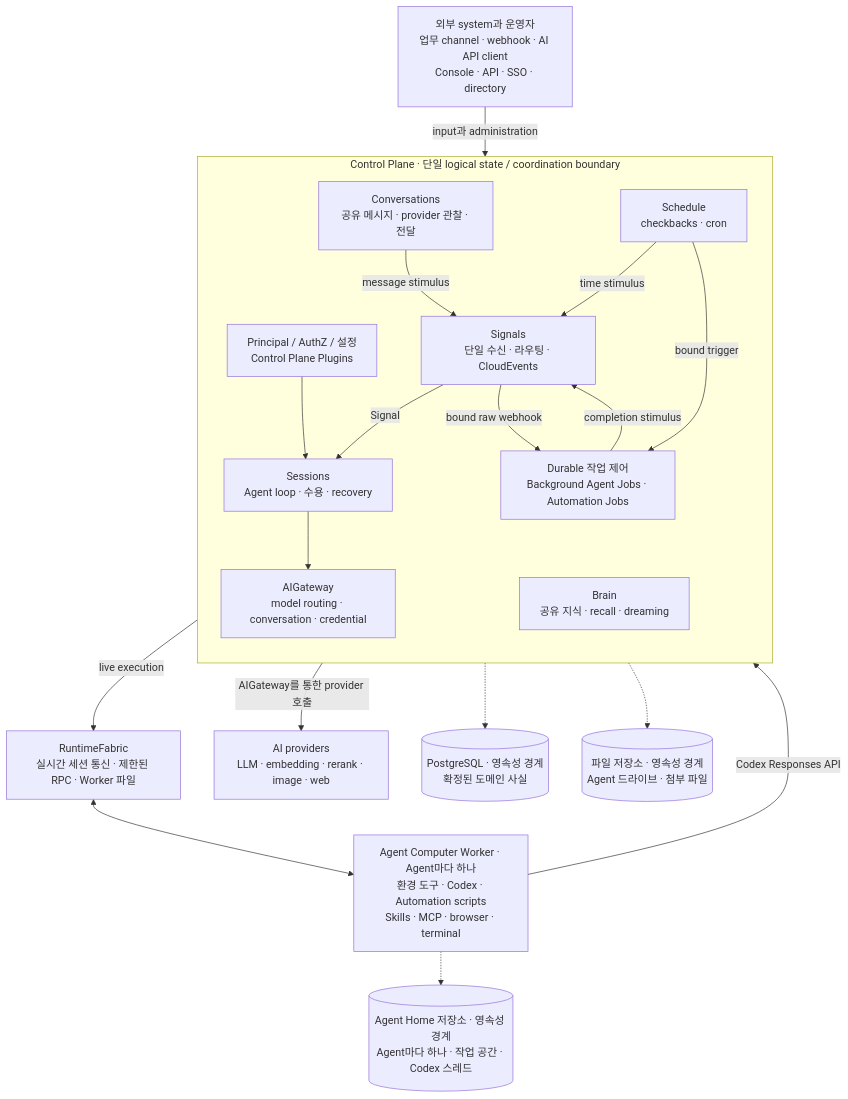
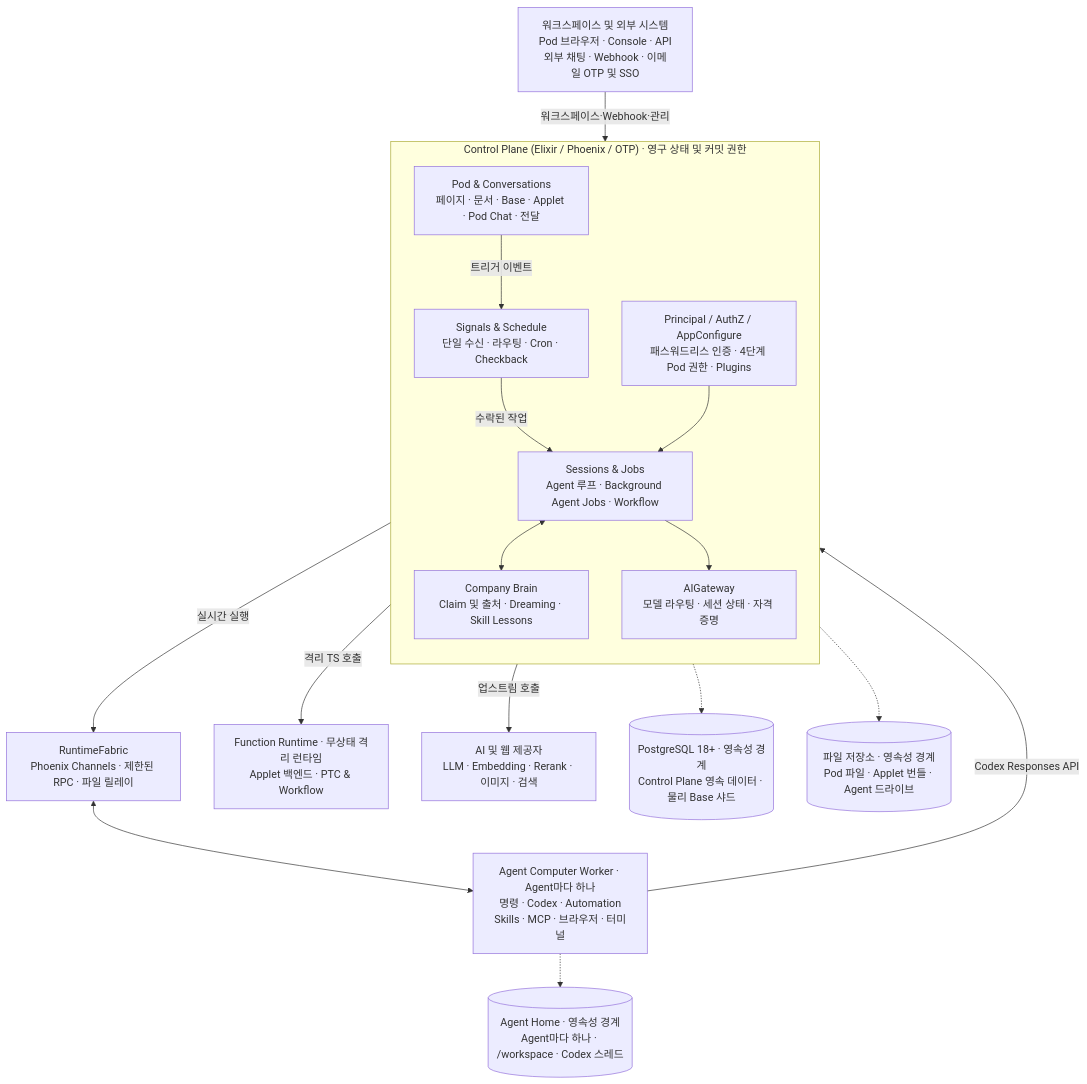
Before and after one commit to AgentBull/ankole: the diagram in README.ko.md, drawn with Mermaid. The commit also changed other lines of this file and 556 other files, not shown here.

First line of the commit message:
feat: add local function runtime image management and sccache support

````diff
--- a/README.ko.md
+++ b/README.ko.md
@@ -152,41 +150,38 @@
 ```mermaid
 flowchart TB
-  External["외부 system과 운영자<br/>업무 channel · webhook · AI API client<br/>Console · API · SSO · directory"]
+  External["워크스페이스 및 외부 시스템<br/>Pod 브라우저 · Console · API<br/>외부 채팅 · Webhook · 이메일 OTP 및 SSO"]
 
-  subgraph Control["Control Plane · 단일 logical state / coordination boundary"]
+  subgraph Control["Control Plane (Elixir / Phoenix / OTP) · 영구 상태 및 커밋 권한"]
     direction TB
-    Platform["Principal / AuthZ / 설정<br/>Control Plane Plugins"]
-    Convo["Conversations<br/>공유 메시지 · provider 관찰 · 전달"]
-    Signals["Signals<br/>단일 수신 · 라우팅 · CloudEvents"]
-    Schedule["Schedule<br/>checkbacks · cron"]
-    Runtime["Sessions<br/>Agent loop · 수용 · recovery"]
-    Jobs["Durable 작업 제어<br/>Background Agent Jobs · Automation Jobs"]
-    Brain["Brain<br/>공유 지식 · recall · dreaming"]
-    AI["AIGateway<br/>model routing · conversation · credential"]
+    Pod["Pod & Conversations<br/>페이지 · 문서 · Base · Applet · Pod Chat · 전달"]
+    Platform["Principal / AuthZ / AppConfigure<br/>패스워드리스 인증 · 4단계 Pod 권한 · Plugins"]
+    Signals["Signals & Schedule<br/>단일 수신 · 라우팅 · Cron · Checkback"]
+    Runtime["Sessions & Jobs<br/>Agent 루프 · Background Agent Jobs · Workflow"]
+    Brain["Company Brain<br/>Claim 및 출처 · Dreaming · Skill Lessons"]
+    AI["AIGateway<br/>모델 라우팅 · 세션 상태 · 자격 증명"]
   end
 
-  Fabric["RuntimeFabric<br/>실시간 세션 통신 · 제한된 RPC · Worker 파일"]
-  Workers["Agent Computer Worker · Agent마다 하나<br/>환경 도구 · Codex · Automation scripts<br/>Skills · MCP · browser · terminal"]
-  Providers["AI providers<br/>LLM · embedding · rerank · image · web"]
+  Fabric["RuntimeFabric<br/>Phoenix Channels · 제한된 RPC · 파일 릴레이"]
+  Workers["Agent Computer Worker · Agent마다 하나<br/>명령 · Codex · Automation<br/>Skills · MCP · 브라우저 · 터미널"]
+  FnRuntime["Function Runtime · 무상태 격리 런타임<br/>Applet 백엔드 · PTC & Workflow"]
+  Providers["AI 및 웹 제공자<br/>LLM · Embedding · Rerank · 이미지 · 검색"]
 
-  PG[("PostgreSQL · 영속성 경계<br/>확정된 도메인 사실")]
-  Files[("파일 저장소 · 영속성 경계<br/>Agent 드라이브 · 첨부 파일")]
-  Homes[("Agent Home 저장소 · 영속성 경계<br/>Agent마다 하나 · 작업 공간 · Codex 스레드")]
+  PG[("PostgreSQL 18+ · 영속성 경계<br/>Control Plane 영속 데이터 · 물리 Base 샤드")]
+  Files[("파일 저장소 · 영속성 경계<br/>Pod 파일 · Applet 번들 · Agent 드라이브")]
+  Homes[("Agent Home · 영속성 경계<br/>Agent마다 하나 · /workspace · Codex 스레드")]
 
-  External -->|"input과 administration"| Control
-  Convo -->|"message stimulus"| Signals
-  Schedule -->|"time stimulus"| Signals
-  Jobs -->|"completion stimulus"| Signals
-  Signals -->|"Signal"| Runtime
-  Signals -->|"bound raw webhook"| Jobs
-  Schedule -->|"bound trigger"| Jobs
+  External -->|"워크스페이스·Webhook·관리"| Control
+  Pod -->|"트리거 이벤트"| Signals
+  Signals -->|"수락된 작업"| Runtime
   Platform --> Runtime
+  Runtime <--> Brain
   Runtime --> AI
-  Control -->|"live execution"| Fabric
+  Control -->|"격리 TS 호출"| FnRuntime
+  Control -->|"실시간 실행"| Fabric
   Fabric <--> Workers
   Workers -->|"Codex Responses API"| AI
-  Control -->|"AIGateway를 통한 provider 호출"| Providers
+  AI -->|"업스트림 호출"| Providers
   Control -.-> PG
   Control -.-> Files
   Workers -.-> Homes
 ```
````
